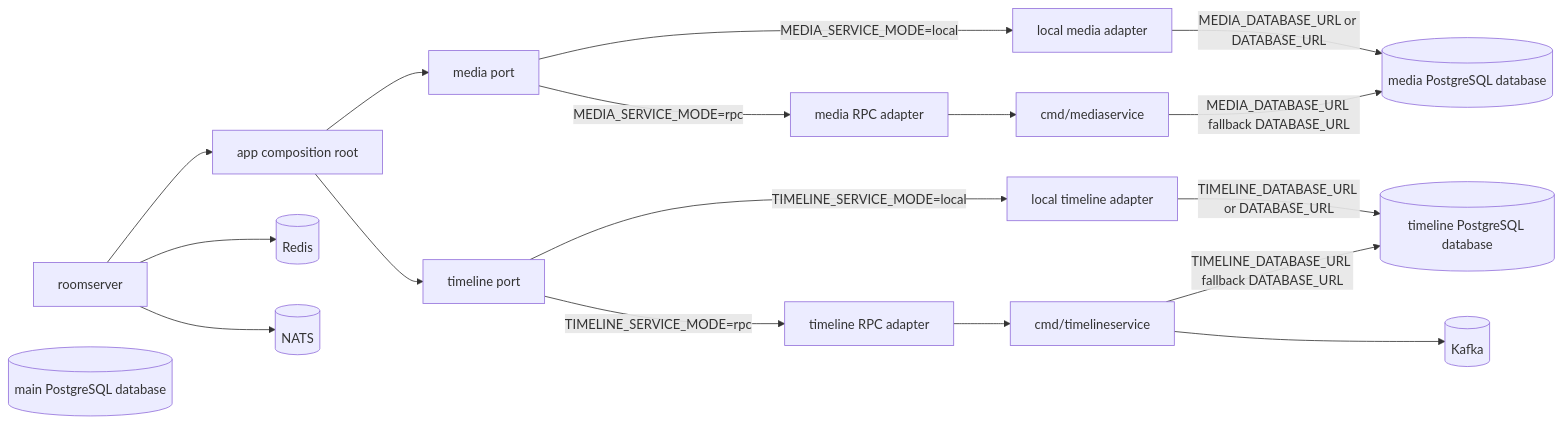
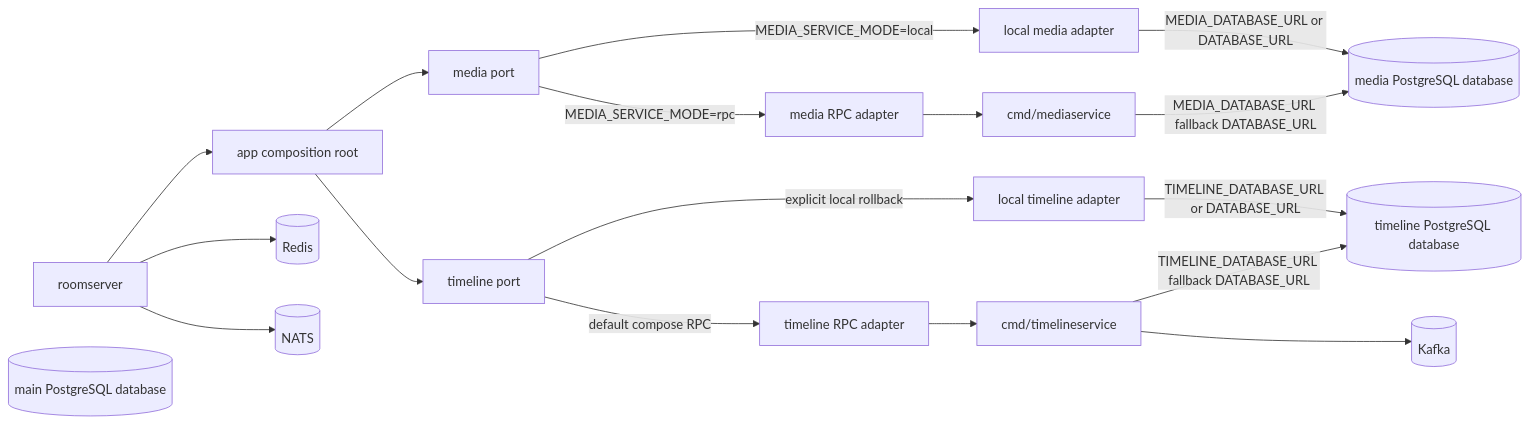
One commit to sunboyZgz/watch_together changed the first of 9 diagrams in docs/distributed-architecture.md. Above: the diagram before and after it, drawn with Mermaid. The commit also changed other lines of this file and 28 other files, not shown here.

Commit message:
feat: Add the initial implementation of RPC, Added timeline-owned result builder/recovery feed in,

````diff
--- a/docs/distributed-architecture.md
+++ b/docs/distributed-architecture.md
@@ -37,36 +38,36 @@
 ```mermaid
 flowchart LR
   Roomserver[roomserver]
   App[app composition root]
   MediaPort[media port]
   TimelinePort[timeline port]
   MediaLocal[local media adapter]
   TimelineLocal[local timeline adapter]
   MediaRPC[media RPC adapter]
   TimelineRPC[timeline RPC adapter]
   MediaService[cmd/mediaservice]
   TimelineService[cmd/timelineservice]
   MainPG[(main PostgreSQL database)]
   MediaPG[(media PostgreSQL database)]
   TimelinePG[(timeline PostgreSQL database)]
   Kafka[(Kafka)]
   Redis[(Redis)]
   NATS[(NATS)]
 
   Roomserver --> App
   App --> MediaPort
   App --> TimelinePort
   MediaPort -->|MEDIA_SERVICE_MODE=local| MediaLocal
   MediaPort -->|MEDIA_SERVICE_MODE=rpc| MediaRPC
-  TimelinePort -->|TIMELINE_SERVICE_MODE=local| TimelineLocal
-  TimelinePort -->|TIMELINE_SERVICE_MODE=rpc| TimelineRPC
+  TimelinePort -->|explicit local rollback| TimelineLocal
+  TimelinePort -->|default compose RPC| TimelineRPC
   MediaRPC --> MediaService
   TimelineRPC --> TimelineService
   MediaLocal -->|MEDIA_DATABASE_URL or DATABASE_URL| MediaPG
   TimelineLocal -->|TIMELINE_DATABASE_URL or DATABASE_URL| TimelinePG
   MediaService -->|MEDIA_DATABASE_URL fallback DATABASE_URL| MediaPG
   TimelineService -->|TIMELINE_DATABASE_URL fallback DATABASE_URL| TimelinePG
   TimelineService --> Kafka
   Roomserver --> Redis
   Roomserver --> NATS
 ```
````
